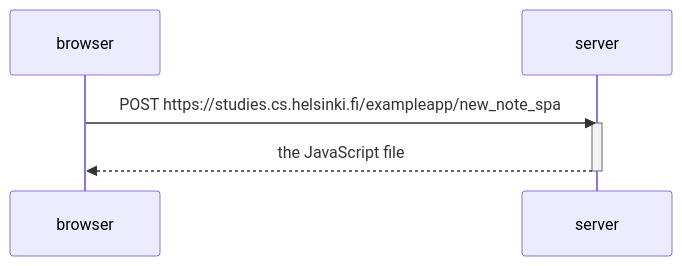
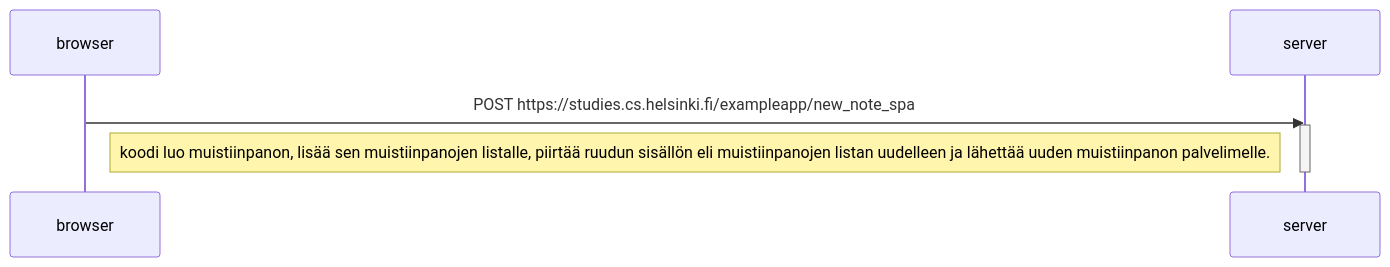
Before and after one commit to rikulauttia/Fullstackopen: the diagram in osa 0/0.6uusi_muistiinpano.md, drawn with Mermaid.

Commit message:
Update 0.6uusi_muistiinpano.md
valmis tehtävä

````diff
--- a/osa 0/0.6uusi_muistiinpano.md
+++ b/osa 0/0.6uusi_muistiinpano.md
@@ -1,11 +1,11 @@
 ```mermaid
 sequenceDiagram
     participant browser
     participant server
     
     browser->>server: POST https://studies.cs.helsinki.fi/exampleapp/new_note_spa
     activate server
-    server-->>browser: the JavaScript file
+    note right of browser: koodi luo muistiinpanon, lisää sen muistiinpanojen listalle, piirtää ruudun sisällön eli muistiinpanojen listan uudelleen ja lähettää uuden muistiinpanon palvelimelle.
     deactivate server
     
 ```
````
